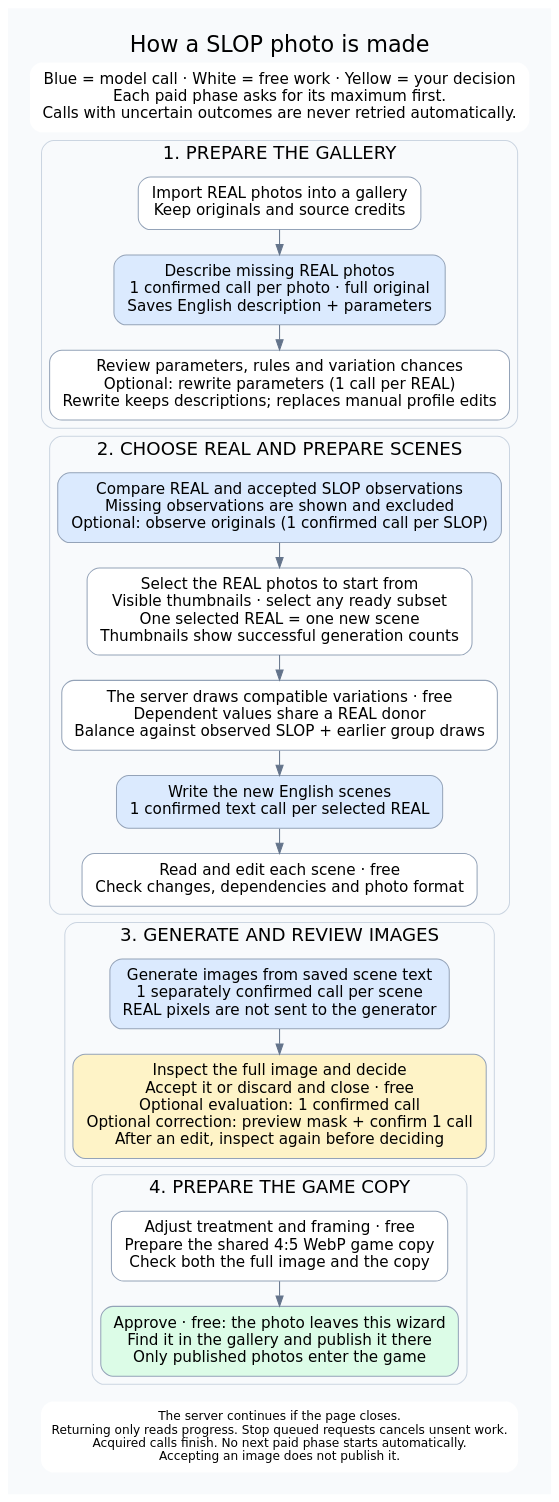
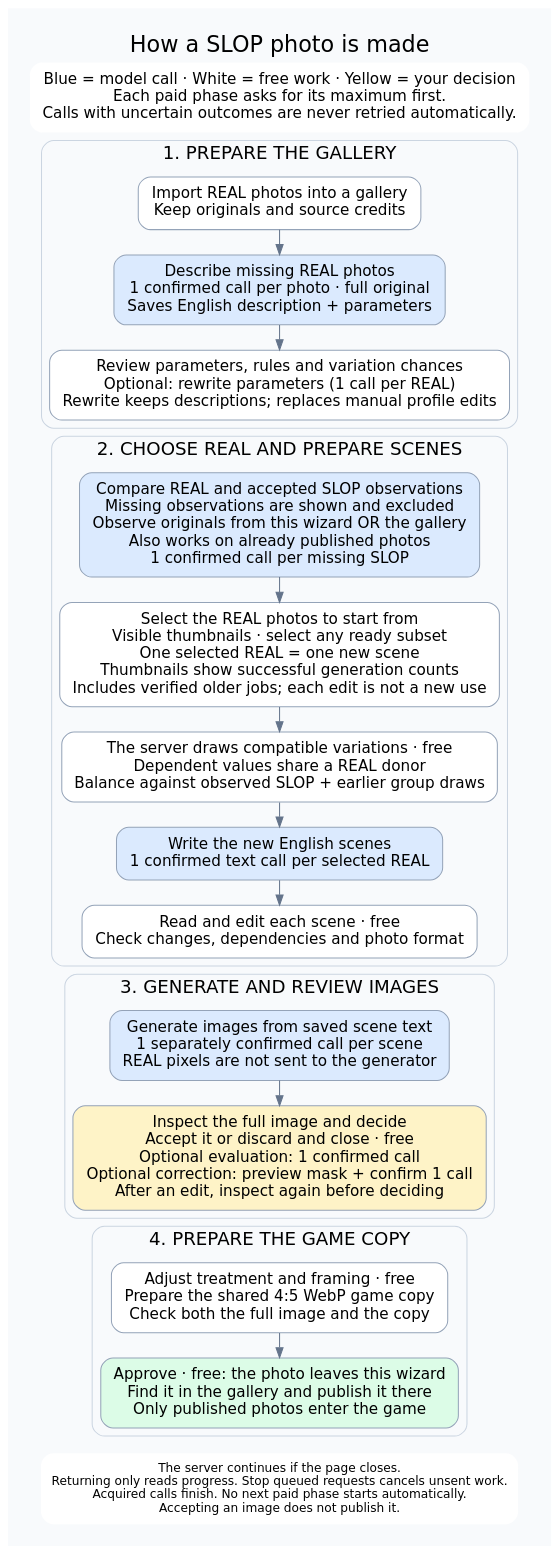
Before and after one commit to rickymusu-bit/real-or-slop: the diagram in docs/assets/pipeline-slop.dot, drawn with Graphviz. The commit also changed 20 other files, not shown here.

Commit message:
Fix published SLOP observation and recover verified REAL usage

```diff
--- a/docs/assets/pipeline-slop.dot
+++ b/docs/assets/pipeline-slop.dot
@@ -1,37 +1,37 @@
 digraph pipeline {
  graph [rankdir=TB,bgcolor="#f8fafc",pad="0.3",nodesep="0.3",ranksep="0.35",fontname="DejaVu Sans",fontsize=22,label="How a SLOP photo is made",labelloc=t,compound=true];
  node [shape=box,style="rounded,filled",fillcolor=white,color="#94a3b8",fontname="DejaVu Sans",fontsize=15,margin="0.18,0.12"];
  edge [color="#64748b",fontname="DejaVu Sans",fontsize=12];
  legend [shape=plaintext,label="Blue = model call · White = free work · Yellow = your decision\nEach paid phase asks for its maximum first.\nCalls with uncertain outcomes are never retried automatically."];
  subgraph cluster_prepare {
   label="1. PREPARE THE GALLERY"; color="#cbd5e1"; style=rounded; fontsize=18;
   real [label="Import REAL photos into a gallery\nKeep originals and source credits"];
   describe [label="Describe missing REAL photos\n1 confirmed call per photo · full original\nSaves English description + parameters",fillcolor="#dbeafe"];
   settings [label="Review parameters, rules and variation chances\nOptional: rewrite parameters (1 call per REAL)\nRewrite keeps descriptions; replaces manual profile edits"];
   real -> describe -> settings;
  }
  subgraph cluster_choose {
   label="2. CHOOSE REAL AND PREPARE SCENES";color="#cbd5e1";style=rounded;fontsize=18;
-  choose [label="Select the REAL photos to start from\nVisible thumbnails · select any ready subset\nOne selected REAL = one new scene\nThumbnails show successful generation counts"];
-  coverage [label="Compare REAL and accepted SLOP observations\nMissing observations are shown and excluded\nOptional: observe originals (1 confirmed call per SLOP)",fillcolor="#dbeafe"];
+  choose [label="Select the REAL photos to start from\nVisible thumbnails · select any ready subset\nOne selected REAL = one new scene\nThumbnails show successful generation counts\nIncludes verified older jobs; each edit is not a new use"];
+  coverage [label="Compare REAL and accepted SLOP observations\nMissing observations are shown and excluded\nObserve originals from this wizard OR the gallery\nAlso works on already published photos\n1 confirmed call per missing SLOP",fillcolor="#dbeafe"];
   draw [label="The server draws compatible variations · free\nDependent values share a REAL donor\nBalance against observed SLOP + earlier group draws"];
   scene [label="Write the new English scenes\n1 confirmed text call per selected REAL",fillcolor="#dbeafe"];
   review [label="Read and edit each scene · free\nCheck changes, dependencies and photo format"];
   coverage -> choose -> draw -> scene -> review;
  }
  subgraph cluster_images {
   label="3. GENERATE AND REVIEW IMAGES";color="#cbd5e1";style=rounded;fontsize=18;
   generate [label="Generate images from saved scene text\n1 separately confirmed call per scene\nREAL pixels are not sent to the generator",fillcolor="#dbeafe"];
   inspect [label="Inspect the full image and decide\nAccept it or discard and close · free\nOptional evaluation: 1 confirmed call\nOptional correction: preview mask + confirm 1 call\nAfter an edit, inspect again before deciding",fillcolor="#fef3c7"];
   generate -> inspect;
 
  }
  subgraph cluster_finish {
   label="4. PREPARE THE GAME COPY";color="#cbd5e1";style=rounded;fontsize=18;
   copy [label="Adjust treatment and framing · free\nPrepare the shared 4:5 WebP game copy\nCheck both the full image and the copy"];
   publish [label="Approve · free: the photo leaves this wizard\nFind it in the gallery and publish it there\nOnly published photos enter the game",fillcolor="#dcfce7"];
   copy -> publish;
  }
  notes [shape=plaintext,fontsize=12,label="The server continues if the page closes.\nReturning only reads progress. Stop queued requests cancels unsent work.\nAcquired calls finish. No next paid phase starts automatically.\nAccepting an image does not publish it."];
  legend -> real [style=invis];settings -> coverage [style=invis];review -> generate [style=invis];inspect -> copy [style=invis];publish -> notes [style=invis];
 }
```
